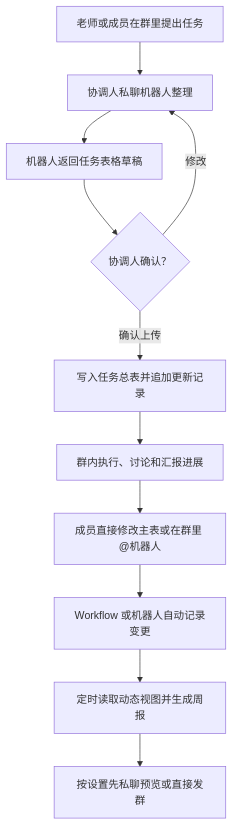
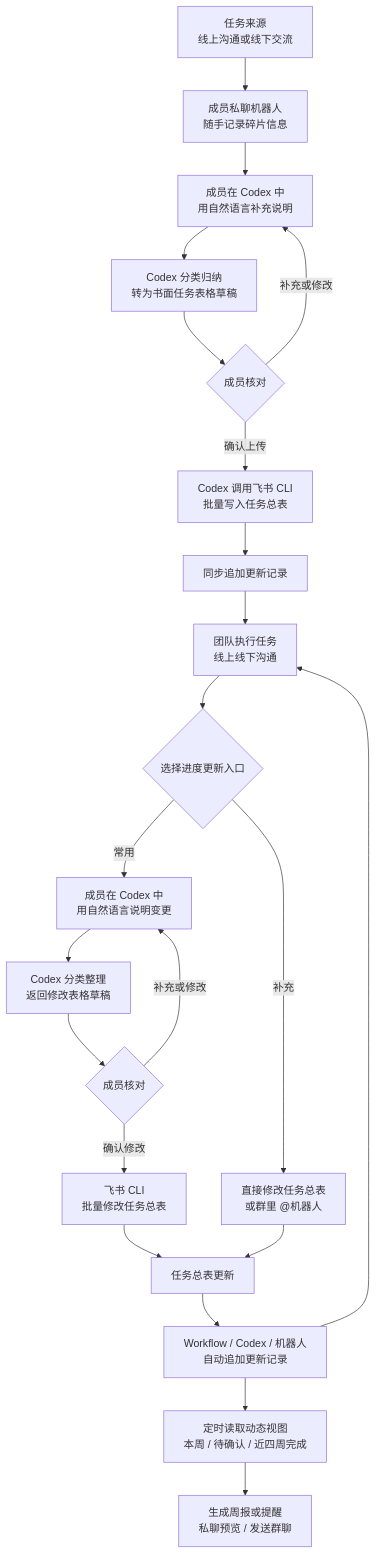
Before and after one commit to yingsongbei/lark-lab-task-group: the diagram in README.md, drawn with Mermaid. The commit also changed other lines of this file and 6 other files, not shown here.

Commit message:
Revise member-led Codex workflow

````diff
--- a/README.md
+++ b/README.md
@@ -114,13 +115,33 @@
 ```mermaid
-flowchart TD
-    A["老师或成员在群里提出任务"] --> B["协调人私聊机器人整理"]
-    B --> C["机器人返回任务表格草稿"]
-    C --> D{"协调人确认？"}
-    D -->|修改| B
-    D -->|确认上传| E["写入任务总表并追加更新记录"]
-    E --> F["群内执行、讨论和汇报进展"]
-    F --> G["成员直接修改主表或在群里 @机器人"]
-    G --> H["Workflow 或机器人自动记录变更"]
-    H --> I["定时读取动态视图并生成周报"]
-    I --> J["按设置先私聊预览或直接发群"]
+flowchart TB
+    A["任务来源<br/>线上沟通或线下交流"]
+    A --> B["成员私聊机器人<br/>随手记录碎片信息"]
+    B --> C["成员在 Codex 中<br/>用自然语言补充说明"]
+    C --> D["Codex 分类归纳<br/>转为书面任务表格草稿"]
+
+    D --> E{"成员核对"}
+    E -->|补充或修改| C
+    E -->|确认上传| F["Codex 调用飞书 CLI<br/>批量写入任务总表"]
+
+    F --> G["同步追加更新记录"]
+    G --> H["团队执行任务<br/>线上线下沟通"]
+
+    H --> I{"选择进度更新入口"}
+
+    I -->|常用| J["成员在 Codex 中<br/>用自然语言说明变更"]
+    I -->|补充| K["直接修改任务总表<br/>或群里 @机器人"]
+
+    J --> L["Codex 分类整理<br/>返回修改表格草稿"]
+    L --> M{"成员核对"}
+    M -->|补充或修改| J
+    M -->|确认修改| N["飞书 CLI<br/>批量修改任务总表"]
+
+    N --> O["任务总表更新"]
+    K --> O
+
+    O --> P["Workflow / Codex / 机器人<br/>自动追加更新记录"]
+    P --> H
+
+    P --> Q["定时读取动态视图<br/>本周 / 待确认 / 近四周完成"]
+    Q --> R["生成周报或提醒<br/>私聊预览 / 发送群聊"]
 ```
````
